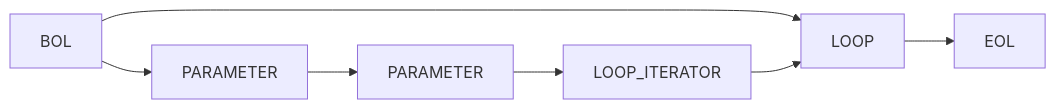
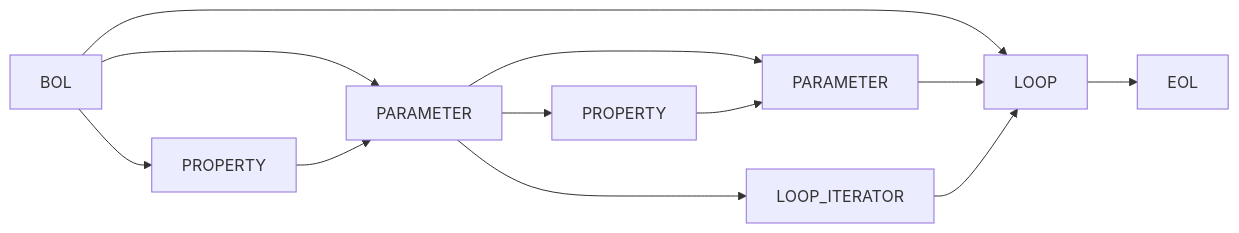
The fifth of 10 diagrams in documentation/nfsm.md (rewhowe/snapdragon), drawn with Mermaid before and after one commit. The commit also changed other lines of this file and 1 other file, not shown here.

Commit message:
fix some bugs; all non-error-checking tests pass

````diff
--- a/documentation/nfsm.md
+++ b/documentation/nfsm.md
@@ -89,12 +92,20 @@
 ```mermaid
 graph LR
   BOL --> PARAMETER_1[PARAMETER]
+  BOL --> PROPERTY_1[PROPERTY]
   BOL --> LOOP
 
   PARAMETER_1[PARAMETER] --> PARAMETER_2[PARAMETER]
-  PARAMETER_2[PARAMETER] --> LOOP_ITERATOR
+  PARAMETER_1[PARAMETER] --> LOOP_ITERATOR
+  PARAMETER_1[PARAMETER] --> PROPERTY_2[PARAMETER]
+
+  PARAMETER_2[PARAMETER] --> LOOP
+
+  PROPERTY_1[PROPERTY] --> PARAMETER_1[PARAMETER]
+
+  PROPERTY_2[PROPERTY] --> PARAMETER_2[PARAMETER]
 
   LOOP_ITERATOR --> LOOP
 
   LOOP --> EOL
 ```
````
